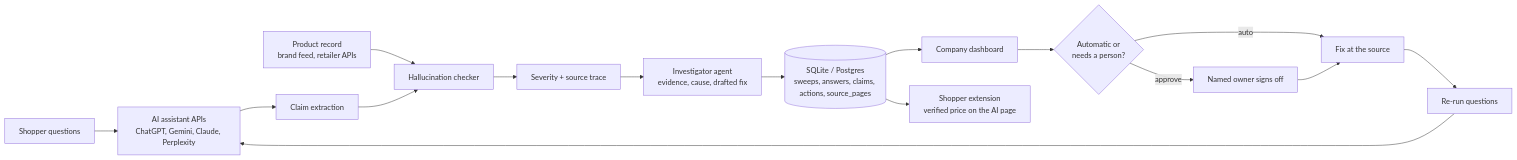
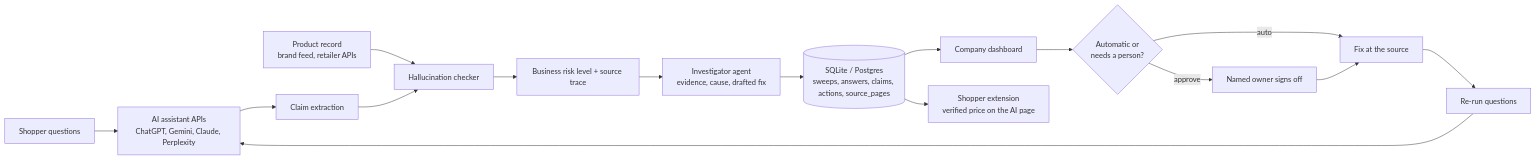
One commit to KJSCoding/UH_TECH_09302026 changed the diagram in README.md. Above: the diagram before and after it, drawn with Mermaid. The commit also changed other lines of this file and 9 other files, not shown here.

First line of the commit message:
Replace accuracy based severity with a per company business risk model

````diff
--- a/README.md
+++ b/README.md
@@ -15,16 +15,16 @@
 ```mermaid
 flowchart LR
   Q[Shopper questions] --> A[AI assistant APIs<br/>ChatGPT, Gemini, Claude, Perplexity]
   A --> C[Claim extraction]
   T[Product record<br/>brand feed, retailer APIs] --> H
   C --> H[Hallucination checker]
-  H --> S[Severity + source trace]
+  H --> S[Business risk level + source trace]
   S --> I[Investigator agent<br/>evidence, cause, drafted fix]
   I --> D[(SQLite / Postgres<br/>sweeps, answers, claims, actions, source_pages)]
   D --> B[Company dashboard]
   B --> G{Automatic or<br/>needs a person?}
   G -->|auto| F[Fix at the source]
   G -->|approve| P[Named owner signs off] --> F
   F --> R[Re-run questions] --> A
   D --> X[Shopper extension<br/>verified price on the AI page]
 ```
````
